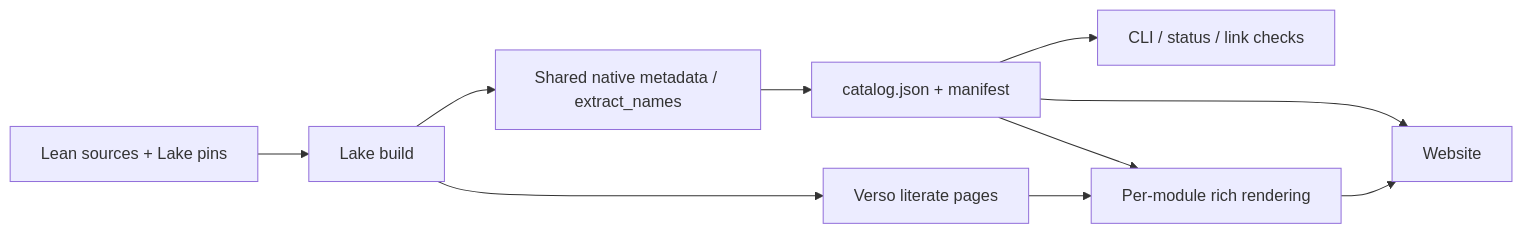
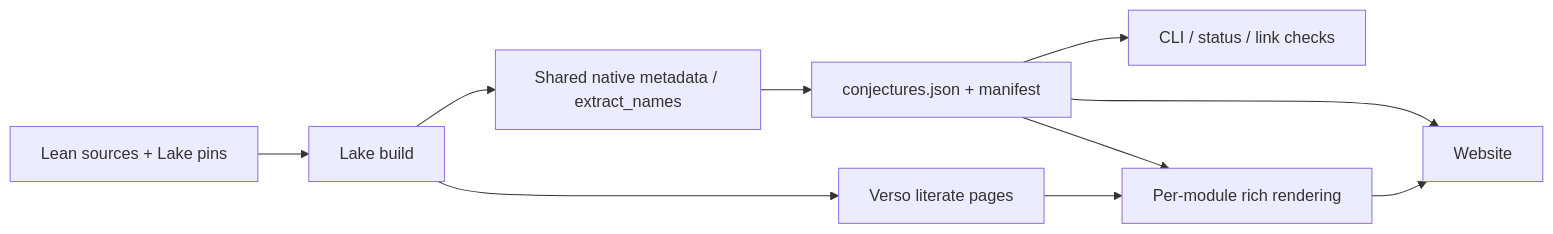
The diagram in site/README.md (williamjblair/formal-conjectures), drawn with Mermaid before and after one commit. The commit also changed other lines of this file and 14 other files, not shown here.

Commit message:
Keep conjectures.json as the canonical public dataset

````diff
--- a/site/README.md
+++ b/site/README.md
@@ -18,12 +18,12 @@
 ```mermaid
 flowchart LR
   S["Lean sources + Lake pins"] --> L["Lake build"]
   L --> E["Shared native metadata / extract_names"]
   L --> V["Verso literate pages"]
-  E --> C["catalog.json + manifest"]
+  E --> C["conjectures.json + manifest"]
   C --> CLI["CLI / status / link checks"]
   C --> W["Website"]
   V --> R["Per-module rich rendering"]
   C --> R
   R --> W
 ```
````
